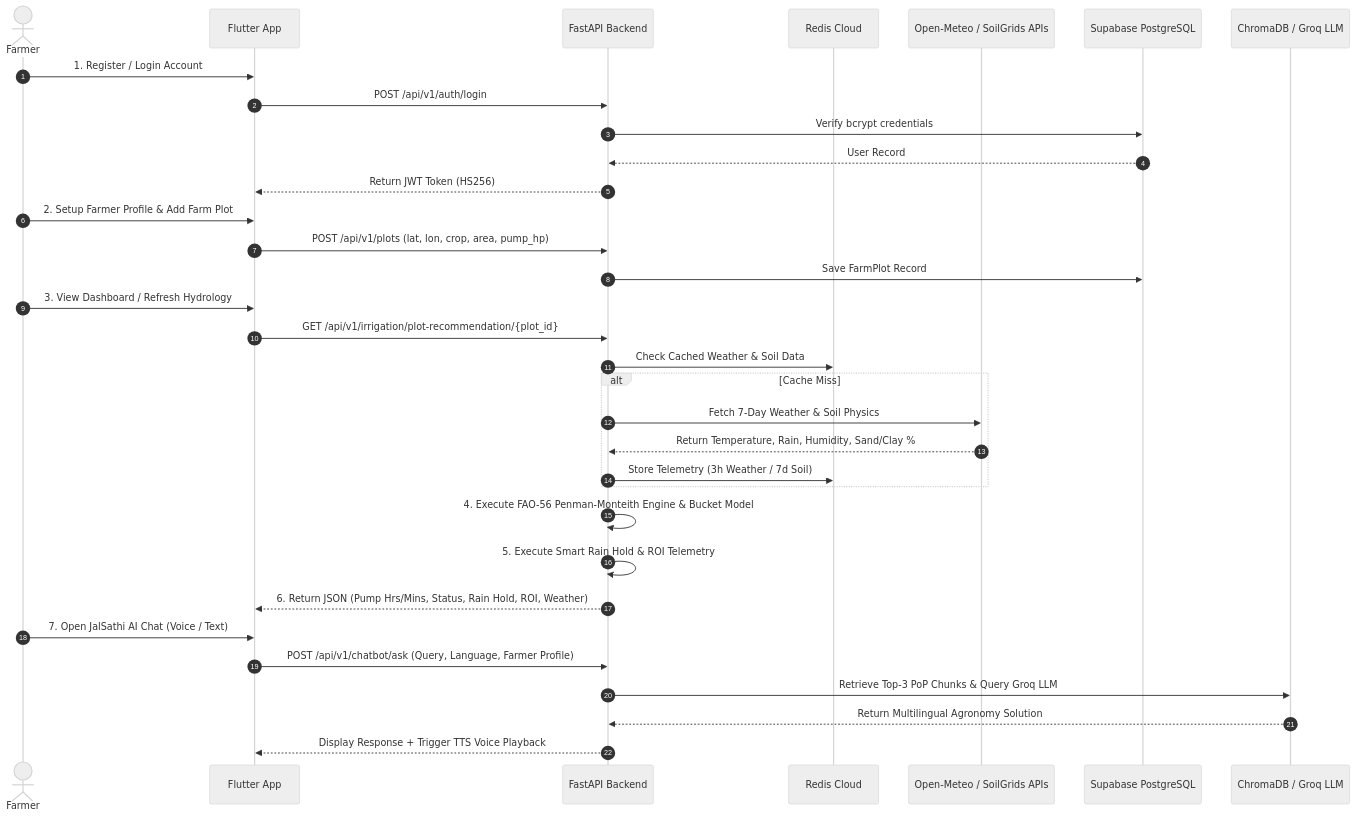
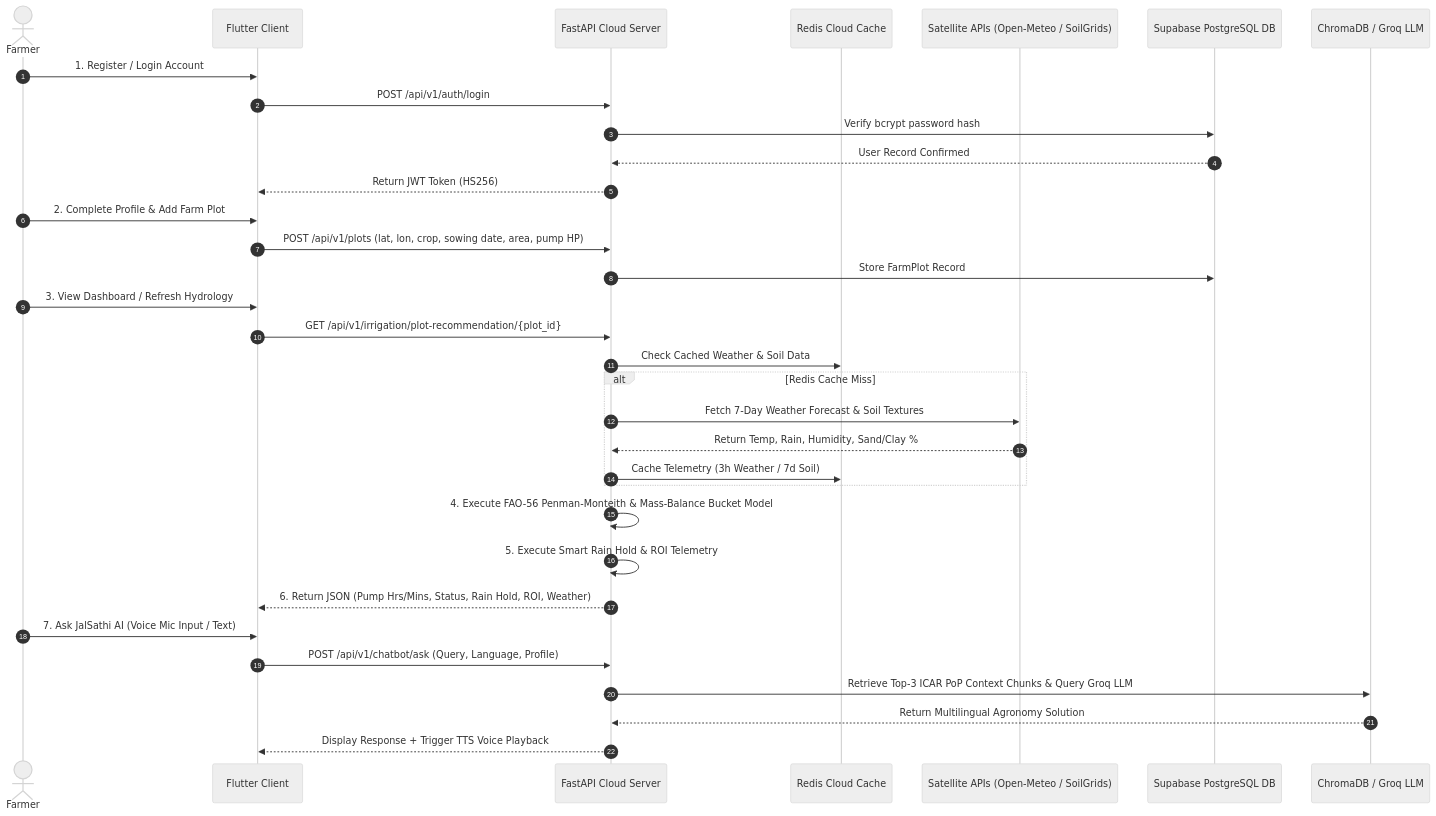
The first of 4 diagrams in MASTER_PROJECT_DOCUMENTATION.md (arpanpramanik2003/JalDrishti-AI), drawn with Mermaid (neutral theme) before and after one commit. The commit also changed other lines of this file, not shown here.

````diff
--- a/MASTER_PROJECT_DOCUMENTATION.md
+++ b/MASTER_PROJECT_DOCUMENTATION.md
@@ -96,39 +88,39 @@
 ```mermaid
 sequenceDiagram
     autonumber
     actor Farmer
-    participant Mobile as Flutter App
-    participant API as FastAPI Backend
-    participant Cache as Redis Cloud
-    participant Sat as Open-Meteo / SoilGrids APIs
-    participant DB as Supabase PostgreSQL
+    participant Mobile as Flutter Client
+    participant API as FastAPI Cloud Server
+    participant Cache as Redis Cloud Cache
+    participant Sat as Satellite APIs (Open-Meteo / SoilGrids)
+    participant DB as Supabase PostgreSQL DB
     participant RAG as ChromaDB / Groq LLM
 
     Farmer->>Mobile: 1. Register / Login Account
     Mobile->>API: POST /api/v1/auth/login
-    API->>DB: Verify bcrypt credentials
-    DB-->>API: User Record
+    API->>DB: Verify bcrypt password hash
+    DB-->>API: User Record Confirmed
     API-->>Mobile: Return JWT Token (HS256)
 
-    Farmer->>Mobile: 2. Setup Farmer Profile & Add Farm Plot
-    Mobile->>API: POST /api/v1/plots (lat, lon, crop, area, pump_hp)
-    API->>DB: Save FarmPlot Record
+    Farmer->>Mobile: 2. Complete Profile & Add Farm Plot
+    Mobile->>API: POST /api/v1/plots (lat, lon, crop, sowing date, area, pump HP)
+    API->>DB: Store FarmPlot Record
 
     Farmer->>Mobile: 3. View Dashboard / Refresh Hydrology
     Mobile->>API: GET /api/v1/irrigation/plot-recommendation/{plot_id}
     API->>Cache: Check Cached Weather & Soil Data
-    alt Cache Miss
-        API->>Sat: Fetch 7-Day Weather & Soil Physics
-        Sat-->>API: Return Temperature, Rain, Humidity, Sand/Clay %
-        API->>Cache: Store Telemetry (3h Weather / 7d Soil)
+    alt Redis Cache Miss
+        API->>Sat: Fetch 7-Day Weather Forecast & Soil Textures
+        Sat-->>API: Return Temp, Rain, Humidity, Sand/Clay %
+        API->>Cache: Cache Telemetry (3h Weather / 7d Soil)
     end
-    API->>API: 4. Execute FAO-56 Penman-Monteith Engine & Bucket Model
+    API->>API: 4. Execute FAO-56 Penman-Monteith & Mass-Balance Bucket Model
     API->>API: 5. Execute Smart Rain Hold & ROI Telemetry
     API-->>Mobile: 6. Return JSON (Pump Hrs/Mins, Status, Rain Hold, ROI, Weather)
 
-    Farmer->>Mobile: 7. Open JalSathi AI Chat (Voice / Text)
-    Mobile->>API: POST /api/v1/chatbot/ask (Query, Language, Farmer Profile)
-    API->>RAG: Retrieve Top-3 PoP Chunks & Query Groq LLM
+    Farmer->>Mobile: 7. Ask JalSathi AI (Voice Mic Input / Text)
+    Mobile->>API: POST /api/v1/chatbot/ask (Query, Language, Profile)
+    API->>RAG: Retrieve Top-3 ICAR PoP Context Chunks & Query Groq LLM
     RAG-->>API: Return Multilingual Agronomy Solution
     API-->>Mobile: Display Response + Trigger TTS Voice Playback
 ```
````
